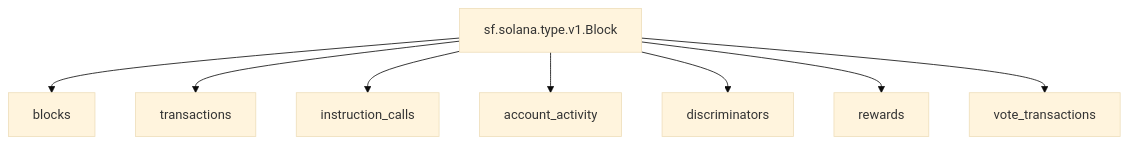
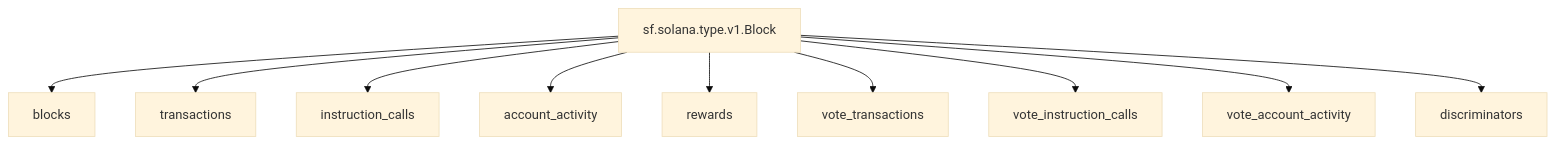
The second of 3 diagrams in README.md (pinax-network/substreams-raw-blocks), drawn with Mermaid (base theme) before and after one commit. The commit also changed other lines of this file and 1 other file, not shown here.

````diff
--- a/README.md
+++ b/README.md
@@ -52,11 +54,13 @@
 ```mermaid
 graph TD;
   raw[sf.solana.type.v1.Block];
   raw --> blocks;
   raw --> transactions;
   raw --> instruction_calls;
   raw --> account_activity;
-  raw --> discriminators;
   raw --> rewards;
   raw --> vote_transactions;
+  raw --> vote_instruction_calls;
+  raw --> vote_account_activity;
+  raw --> discriminators;
 ```
````
